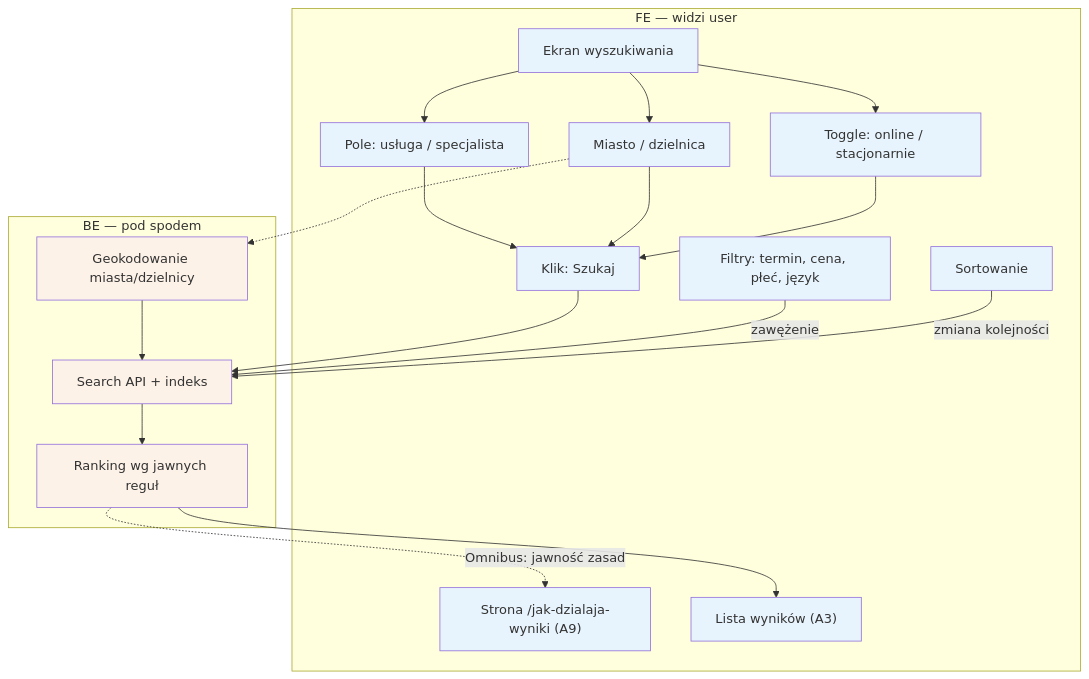
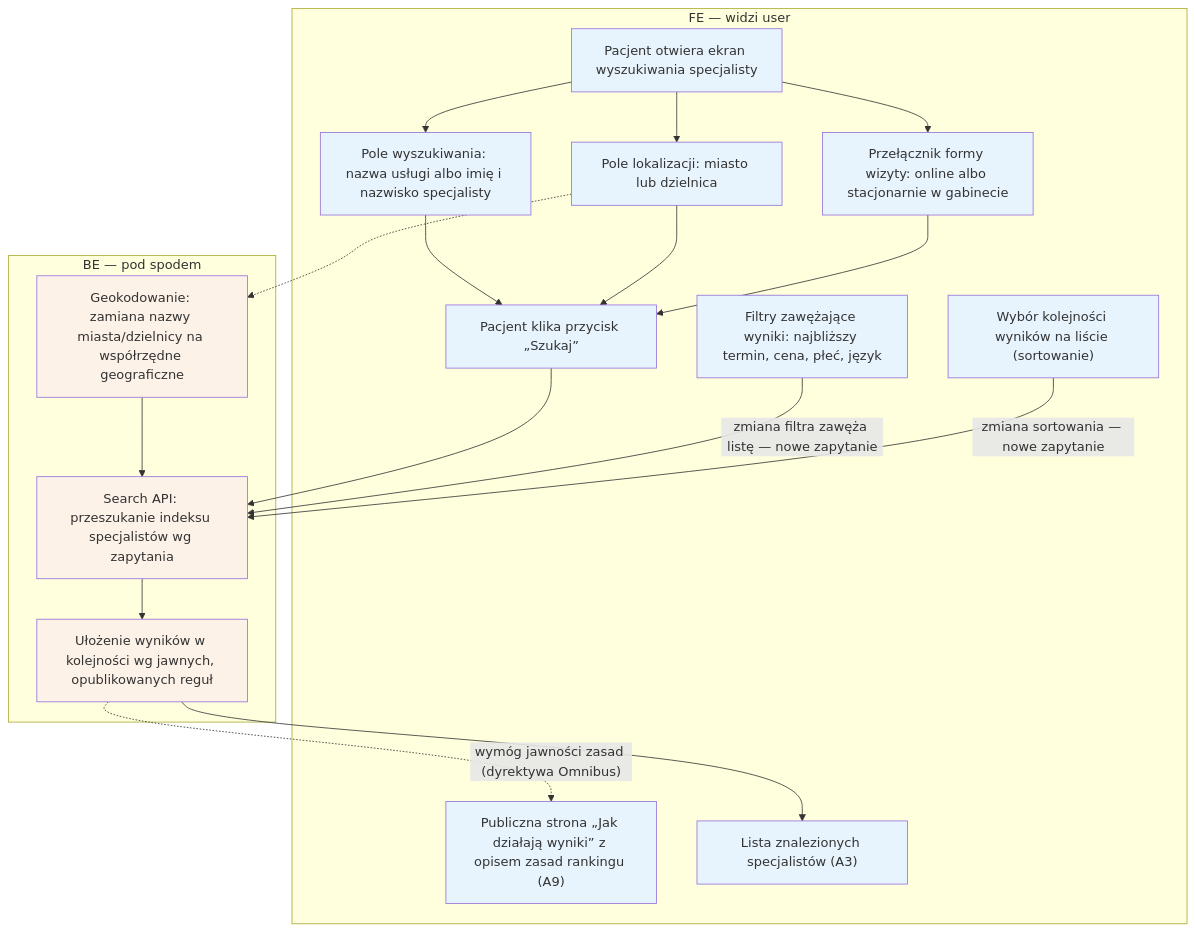
One commit to QooperBoy/medivo_portal changed the diagram in diagrams/a-pacjent-public/a2-wyszukiwanie.md. Above: the diagram before and after it, drawn with Mermaid. The commit also changed other lines of this file and 47 other files, not shown here.

First line of the commit message:
czytelnosc: pelne etykiety + sekcje Aktorzy i Objasnienie blokow (23 diagramy)

````diff
--- a/diagrams/a-pacjent-public/a2-wyszukiwanie.md
+++ b/diagrams/a-pacjent-public/a2-wyszukiwanie.md
@@ -3,40 +3,40 @@
 ```mermaid
 flowchart TD
     subgraph FE["FE — widzi user"]
-        START["Ekran wyszukiwania"]
-        POLE["Pole: usługa / specjalista"]
-        LOKAL["Miasto / dzielnica"]
-        TOGGLE["Toggle: online / stacjonarnie"]
-        FILTRY["Filtry: termin, cena, płeć, język"]
-        SORT["Sortowanie"]
-        SZUKAJ["Klik: Szukaj"]
-        OMNIBUS["Strona /jak-dzialaja-wyniki (A9)"]
-        WYNIKI["Lista wyników (A3)"]
+        START["Pacjent otwiera ekran wyszukiwania specjalisty"]
+        POLE["Pole wyszukiwania: nazwa usługi albo imię i nazwisko specjalisty"]
+        LOKAL["Pole lokalizacji: miasto lub dzielnica"]
+        TOGGLE["Przełącznik formy wizyty: online albo stacjonarnie w gabinecie"]
+        FILTRY["Filtry zawężające wyniki: najbliższy termin, cena, płeć, język"]
+        SORT["Wybór kolejności wyników na liście (sortowanie)"]
+        SZUKAJ["Pacjent klika przycisk „Szukaj”"]
+        OMNIBUS["Publiczna strona „Jak działają wyniki” z opisem zasad rankingu (A9)"]
+        WYNIKI["Lista znalezionych specjalistów (A3)"]
     end
 
     subgraph BE["BE — pod spodem"]
-        GEO["Geokodowanie miasta/dzielnicy"]
-        SEARCH["Search API + indeks"]
-        RANK["Ranking wg jawnych reguł"]
+        GEO["Geokodowanie: zamiana nazwy miasta/dzielnicy na współrzędne geograficzne"]
+        SEARCH["Search API: przeszukanie indeksu specjalistów wg zapytania"]
+        RANK["Ułożenie wyników w kolejności wg jawnych, opublikowanych reguł"]
     end
 
     START --> POLE
     START --> LOKAL
     START --> TOGGLE
     POLE --> SZUKAJ
     LOKAL --> SZUKAJ
     TOGGLE --> SZUKAJ
     SZUKAJ --> SEARCH
     LOKAL -.-> GEO
     GEO --> SEARCH
     SEARCH --> RANK
     RANK --> WYNIKI
-    FILTRY -->|"zawężenie"| SEARCH
-    SORT -->|"zmiana kolejności"| SEARCH
-    RANK -.->|"Omnibus: jawność zasad"| OMNIBUS
+    FILTRY -->|"zmiana filtra zawęża listę — nowe zapytanie"| SEARCH
+    SORT -->|"zmiana sortowania — nowe zapytanie"| SEARCH
+    RANK -.->|"wymóg jawności zasad (dyrektywa Omnibus)"| OMNIBUS
 
     classDef fe fill:#e8f4fd
     classDef be fill:#fdf2e8
     class START,POLE,LOKAL,TOGGLE,FILTRY,SORT,SZUKAJ,OMNIBUS,WYNIKI fe
     class GEO,SEARCH,RANK be
 ```
````
